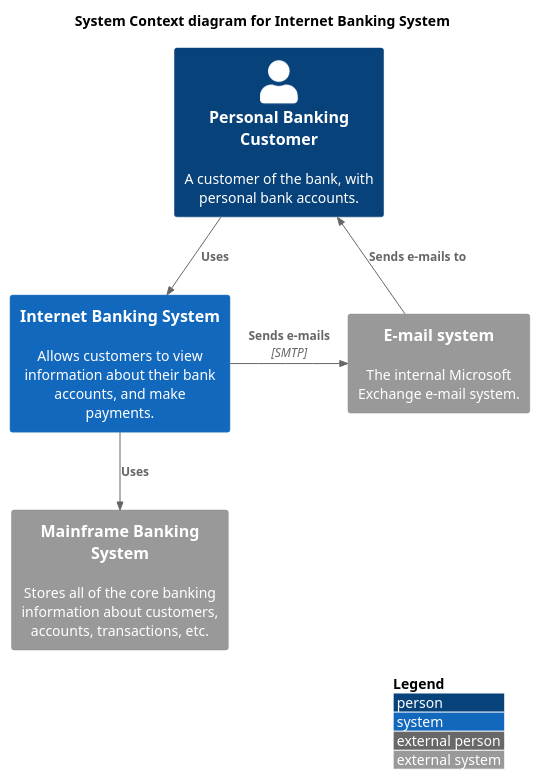
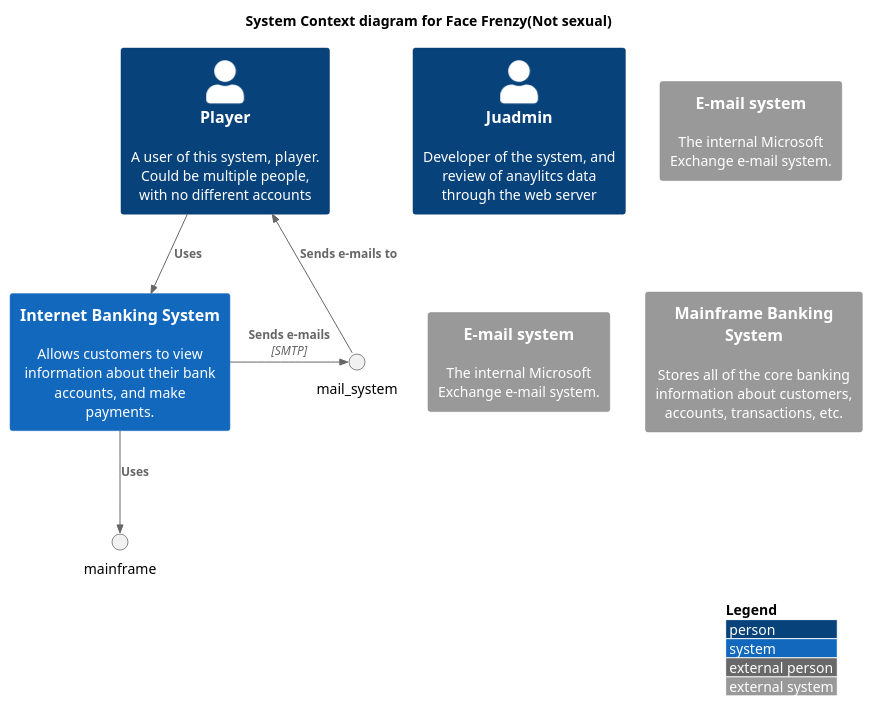
The diagram in system-context.puml (Kacper-Grzyb/dse-face-frenzy), drawn with PlantUML before and after one commit.

Commit message:
Not perfect Context Diagram

```diff
--- a/system-context.puml
+++ b/system-context.puml
@@ -1,20 +1,22 @@
 @startuml
 !include https://raw.githubusercontent.com/plantuml-stdlib/C4-PlantUML/master/C4_Context.puml
 ' uncomment the following line and comment the first to use locally
 ' !include C4_Context.puml
 
 LAYOUT_WITH_LEGEND()
 
-title System Context diagram for Internet Banking System
+title System Context diagram for Face Frenzy(Not sexual)
 
-Person(customer, "Personal Banking Customer", "A customer of the bank, with personal bank accounts.")
-System(banking_system, "Internet Banking System", "Allows customers to view information about their bank accounts, and make payments.")
+Person(user, "Player", "A user of this system, player. Could be multiple people, with no different accounts")
+Person(Juadmin, "Juadmin", "Developer of the system, and review of anaylitcs data through the web server")
+System(game, "Internet Banking System", "Allows customers to view information about their bank accounts, and make payments.")
+ 
+System_Ext(Camera, "E-mail system", "The internal Microsoft Exchange e-mail system.")
+System_Ext(Display, "E-mail system", "The internal Microsoft Exchange e-mail system.")
+System_Ext(Webserver, "Mainframe Banking System", "Stores all of the core banking information about customers, accounts, transactions, etc.")
 
-System_Ext(mail_system, "E-mail system", "The internal Microsoft Exchange e-mail system.")
-System_Ext(mainframe, "Mainframe Banking System", "Stores all of the core banking information about customers, accounts, transactions, etc.")
-
-Rel(customer, banking_system, "Uses")
-Rel_Back(customer, mail_system, "Sends e-mails to")
-Rel_Neighbor(banking_system, mail_system, "Sends e-mails", "SMTP")
-Rel(banking_system, mainframe, "Uses")
+Rel(user, game, "Uses")
+Rel_Back(user, mail_system, "Sends e-mails to")
+Rel_Neighbor(game, mail_system, "Sends e-mails", "SMTP")
+Rel(game, mainframe, "Uses")
 @enduml
```
